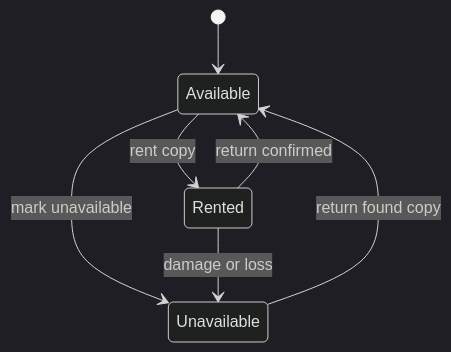
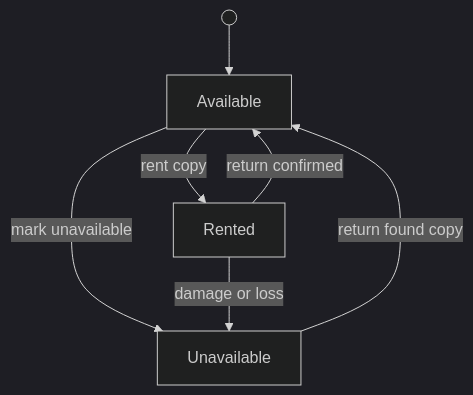
Before and after one commit to scaledVideoClub/vc-stage2-vb6: the first of 3 diagrams in specs/domain.md, drawn with Mermaid (dark theme). The commit also changed other lines of this file, not shown here.

Commit message:
fix(specs): replace stateDiagram-v2 with flowchart to fix GitHub rendering
stateDiagram-v2 fails on GitHub with back-edges due to a layout geometry
bug in the bundled Mermaid version. Switched both state machines to
flowchart TD/LR which handles cycles reliably. Initial state represented
as a filled circle node. No content changes.

````diff
--- a/specs/domain.md
+++ b/specs/domain.md
@@ -144,13 +144,14 @@
 ```mermaid
-stateDiagram-v2
-    state "Available" as Av
-    state "Rented" as Re
-    state "Unavailable" as Un
+flowchart TD
+    START(( )) --> Av
 
-    [*] --> Av
-    Av --> Re : rent copy
-    Re --> Av : return confirmed
-    Av --> Un : mark unavailable
-    Re --> Un : damage or loss
-    Un --> Av : return found copy
+    Av[Available]
+    Re[Rented]
+    Un[Unavailable]
+
+    Av -->|rent copy| Re
+    Re -->|return confirmed| Av
+    Av -->|mark unavailable| Un
+    Re -->|damage or loss| Un
+    Un -->|return found copy| Av
 ```
````
